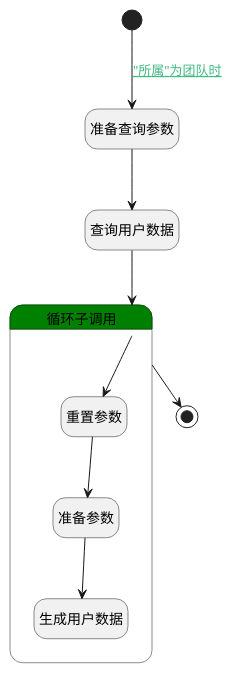
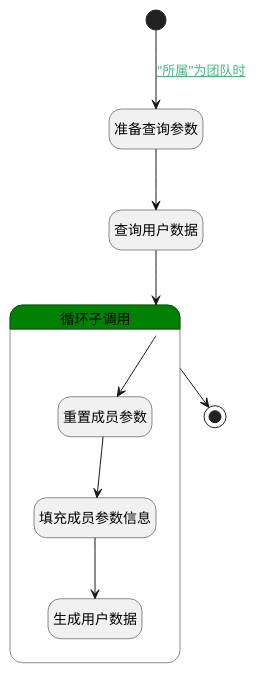
One commit to iBizLab/plm changed the diagram in doc/docsify/module/TestMgmt/library/logic/auto_create_members.md. Above: the diagram before and after it, drawn with PlantUML. The commit also changed other lines of this file and 1068 other files, not shown here.

````diff
--- a/doc/docsify/module/TestMgmt/library/logic/auto_create_members.md
+++ b/doc/docsify/module/TestMgmt/library/logic/auto_create_members.md
@@ -7,32 +7,32 @@
 ```plantuml
 @startuml
 hide empty description
 <style>
 root {
   HyperlinkColor #42b983
 }
 </style>
 
 hide empty description
 state "开始" as Begin <<start>> [[$./auto_create_members#begin {"开始"}]]
 state "准备查询参数" as PREPAREPARAM2  [[$./auto_create_members#prepareparam2 {"准备查询参数"}]]
 state "查询用户数据" as DEDATASET1  [[$./auto_create_members#dedataset1 {"查询用户数据"}]]
 state "结束" as END1 <<end>> [[$./auto_create_members#end1 {"结束"}]]
 state "循环子调用" as LOOPSUBCALL1  [[$./auto_create_members#loopsubcall1 {"循环子调用"}]] #green {
-state "重置参数" as RESETPARAM1  [[$./auto_create_members#resetparam1 {"重置参数"}]]
-state "准备参数" as PREPAREPARAM4  [[$./auto_create_members#prepareparam4 {"准备参数"}]]
+state "重置成员参数" as RESETPARAM1  [[$./auto_create_members#resetparam1 {"重置成员参数"}]]
+state "填充成员参数信息" as PREPAREPARAM4  [[$./auto_create_members#prepareparam4 {"填充成员参数信息"}]]
 state "生成用户数据" as DEACTION3  [[$./auto_create_members#deaction3 {"生成用户数据"}]]
 }
 
 
 Begin --> PREPAREPARAM2 : [[$./auto_create_members#begin-prepareparam2{"所属"为团队时} "所属"为团队时]]
 PREPAREPARAM2 --> DEDATASET1
 DEDATASET1 --> LOOPSUBCALL1
 LOOPSUBCALL1 --> RESETPARAM1
 RESETPARAM1 --> PREPAREPARAM4
 PREPAREPARAM4 --> DEACTION3
 LOOPSUBCALL1 --> END1
 
 
 @enduml
 ```
````
